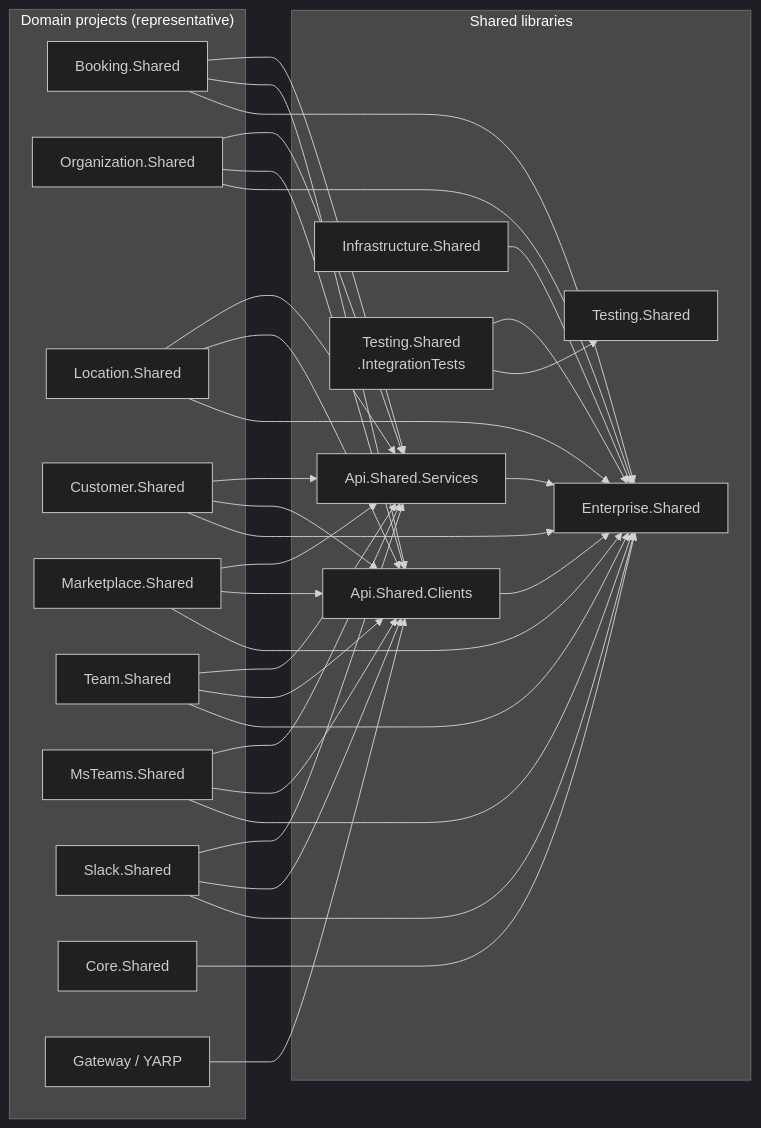
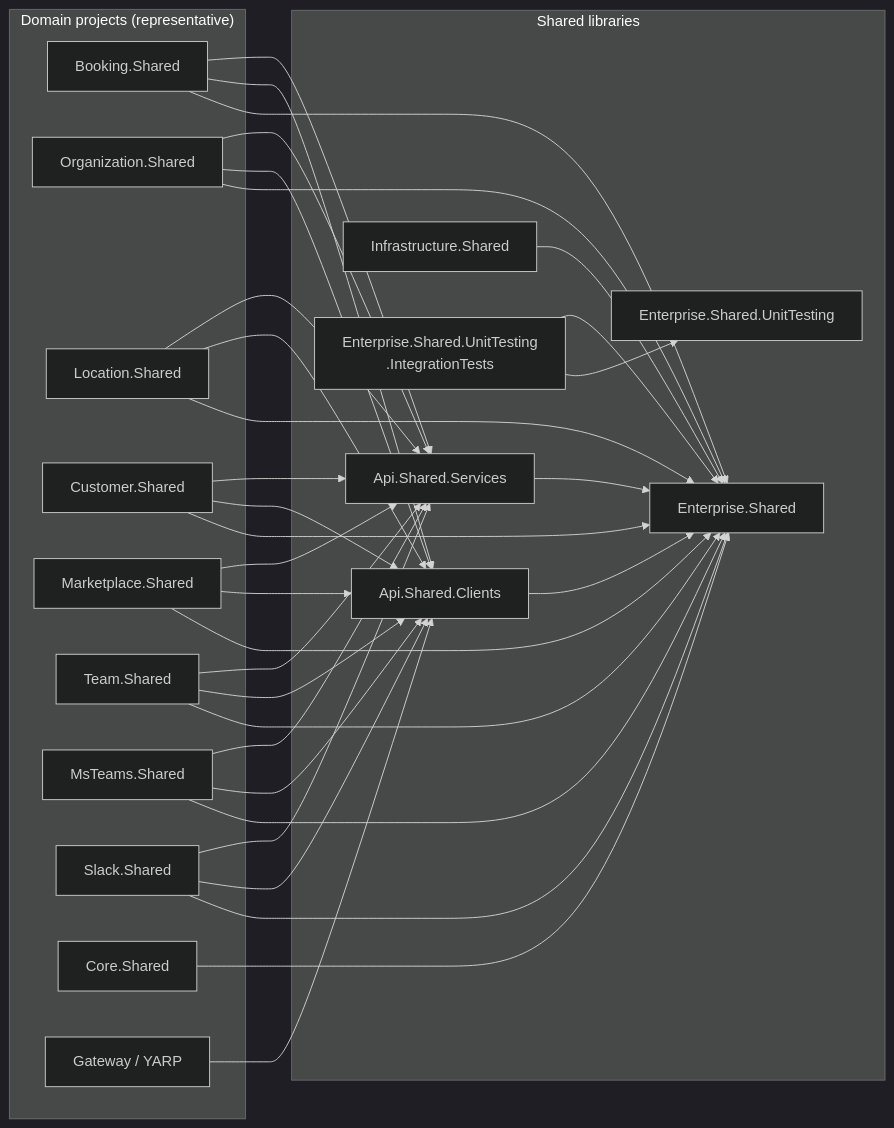
The first of 6 diagrams in src/shared/docs/architecture/shared-libraries-architecture.md (skedular/skedular), drawn with Mermaid (dark theme) before and after one commit. The commit also changed other lines of this file and 225 other files, not shown here.

````diff
--- a/src/shared/docs/architecture/shared-libraries-architecture.md
+++ b/src/shared/docs/architecture/shared-libraries-architecture.md
@@ -15,59 +15,59 @@
 ```mermaid
 flowchart LR
     subgraph Domain["Domain projects (representative)"]
         BookingShared["Booking.Shared"]
         OrgShared["Organization.Shared"]
         LocShared["Location.Shared"]
         CustShared["Customer.Shared"]
         MktShared["Marketplace.Shared"]
         TeamShared["Team.Shared"]
         MsTeamsShared["MsTeams.Shared"]
         SlackShared["Slack.Shared"]
         CoreShared["Core.Shared"]
         GatewayShared["Gateway / YARP"]
     end
 
     subgraph Shared["Shared libraries"]
         ES["Enterprise.Shared"]
         ASC["Api.Shared.Clients"]
         ASS["Api.Shared.Services"]
         IS["Infrastructure.Shared"]
-        TS["Testing.Shared"]
-        TSI["Testing.Shared\n.IntegrationTests"]
+        TS["Enterprise.Shared.UnitTesting"]
+        TSI["Enterprise.Shared.UnitTesting\n.IntegrationTests"]
     end
 
     BookingShared --> ES
     BookingShared --> ASC
     BookingShared --> ASS
     OrgShared --> ES
     OrgShared --> ASC
     OrgShared --> ASS
     LocShared --> ES
     LocShared --> ASC
     LocShared --> ASS
     CustShared --> ES
     CustShared --> ASC
     CustShared --> ASS
     MktShared --> ES
     MktShared --> ASC
     MktShared --> ASS
     TeamShared --> ES
     TeamShared --> ASC
     TeamShared --> ASS
     MsTeamsShared --> ES
     MsTeamsShared --> ASC
     MsTeamsShared --> ASS
     SlackShared --> ES
     SlackShared --> ASC
     SlackShared --> ASS
     CoreShared --> ES
     GatewayShared --> ASC
 
     IS --> ES
 
     TSI --> TS
     TSI --> ES
 
     ASC --> ES
     ASS --> ES
 ```
````
